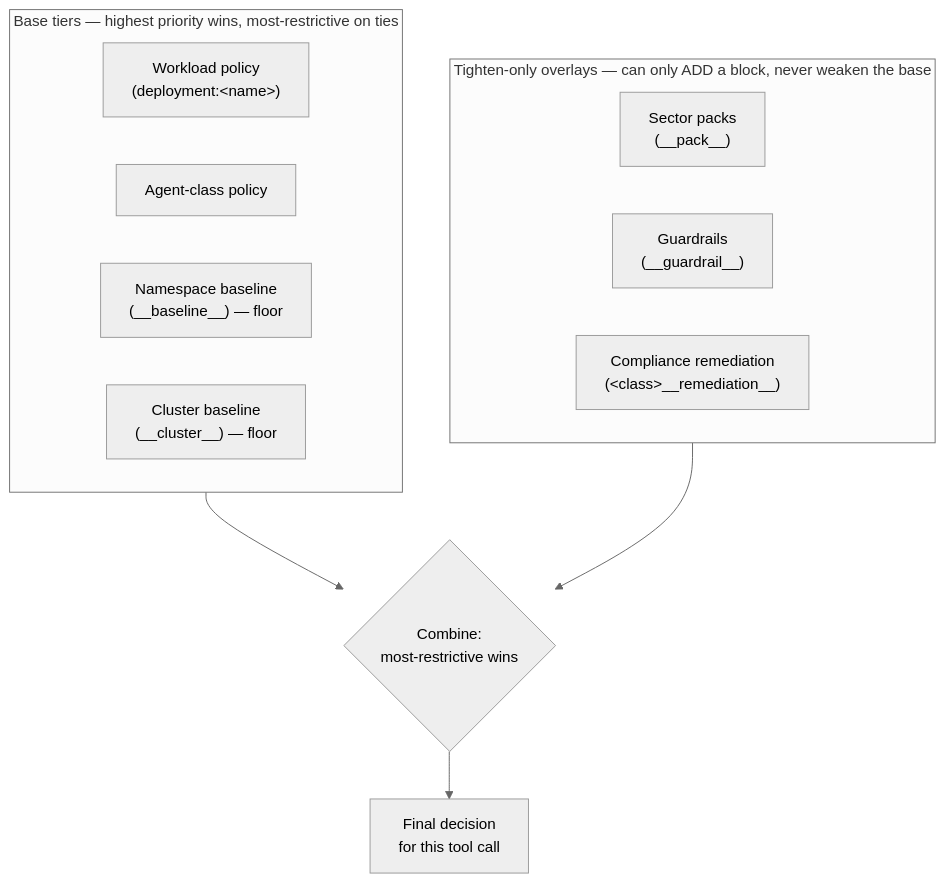
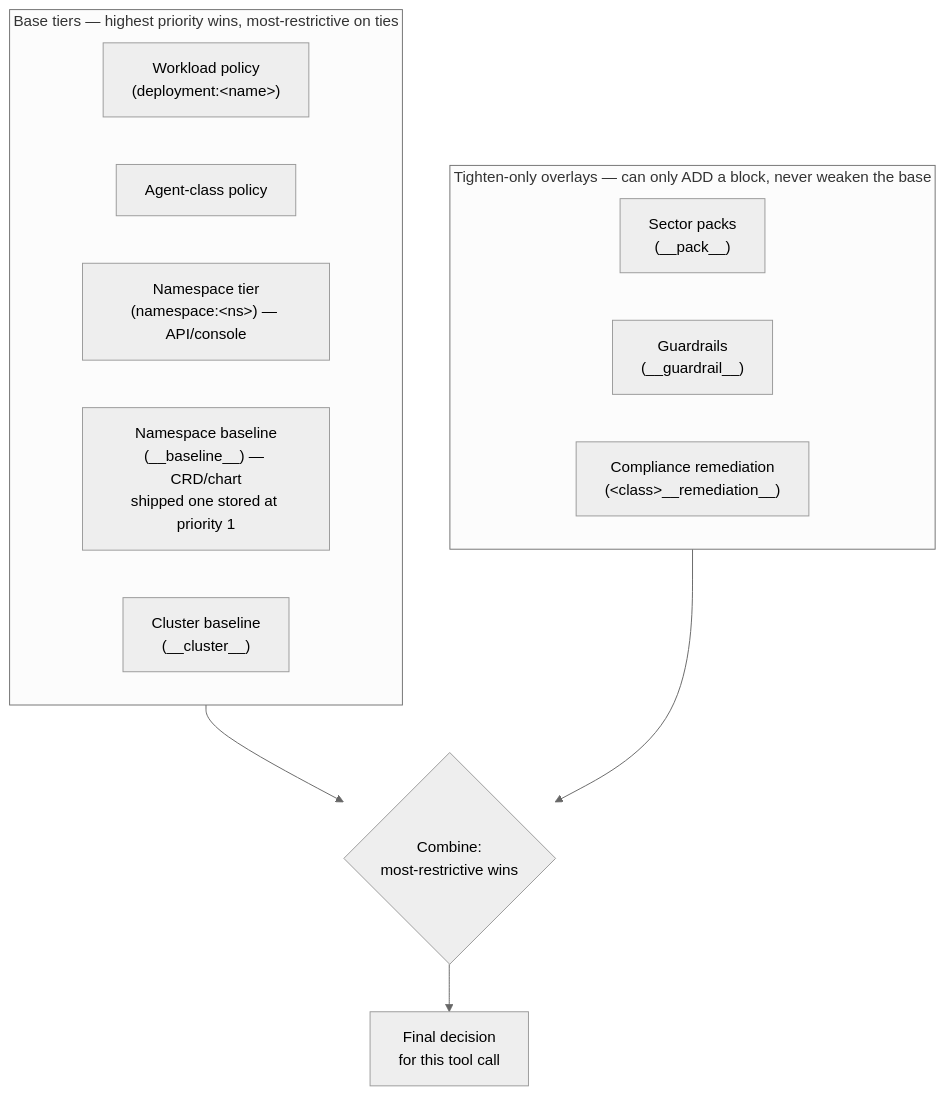
The second of 2 diagrams in docs/concepts.md (norviq-dev/norviq), drawn with Mermaid (neutral theme) before and after one commit. The commit also changed other lines of this file and 7 other files, not shown here.

````diff
--- a/docs/concepts.md
+++ b/docs/concepts.md
@@ -151,17 +271,18 @@
 ```mermaid
 flowchart TB
     subgraph base["Base tiers — highest priority wins, most-restrictive on ties"]
         wl["Workload policy<br/>(deployment:&lt;name&gt;)"]
         cls["Agent-class policy"]
-        nsb["Namespace baseline<br/>(__baseline__) — floor"]
-        clb["Cluster baseline<br/>(__cluster__) — floor"]
+        nst["Namespace tier<br/>(namespace:&lt;ns&gt;) — API/console"]
+        nsb["Namespace baseline<br/>(__baseline__) — CRD/chart<br/>shipped one stored at priority 1"]
+        clb["Cluster baseline<br/>(__cluster__)"]
     end
     subgraph ov["Tighten-only overlays — can only ADD a block, never weaken the base"]
         pack["Sector packs<br/>(__pack__)"]
         guard["Guardrails<br/>(__guardrail__)"]
         rem["Compliance remediation<br/>(&lt;class&gt;__remediation__)"]
     end
     base --> M{"Combine:<br/>most-restrictive wins"}
     ov --> M
     M --> D["Final decision<br/>for this tool call"]
 ```
````
